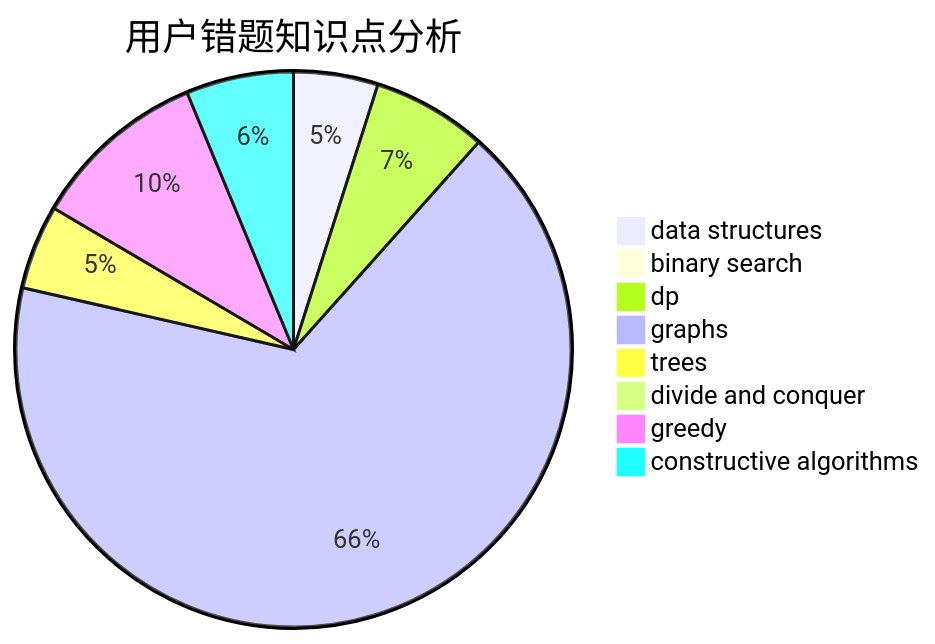
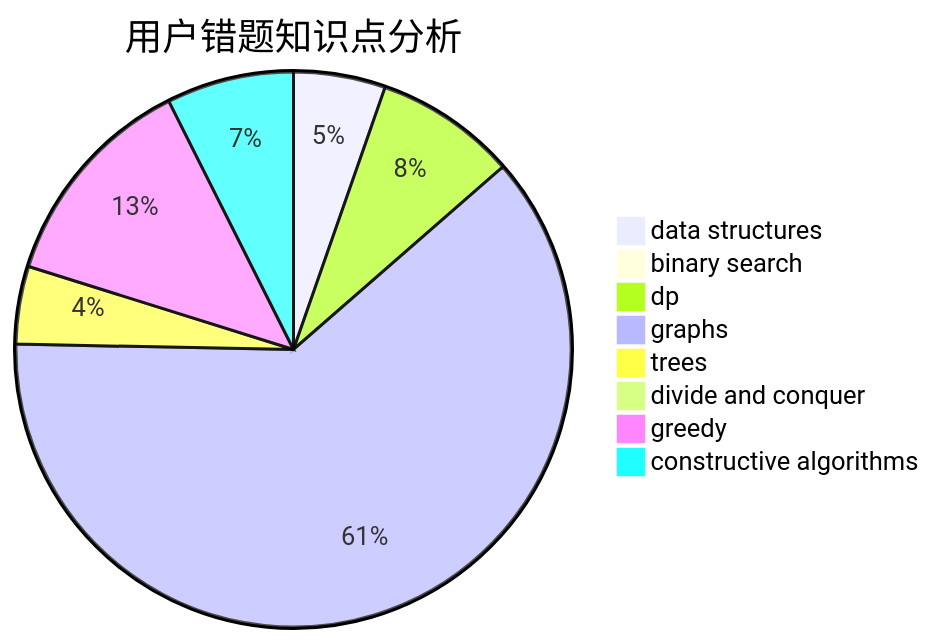
Before and after one commit to sherpahu/cfrs.github.io: the third of 3 diagrams in docs/user/u1687.md, drawn with Mermaid. The commit also changed other lines of this file and 2770 other files, not shown here.

````diff
--- a/docs/user/u1687.md
+++ b/docs/user/u1687.md
@@ -36,11 +36,11 @@
 ```mermaid
 pie title 用户错题知识点分析
-    "data structures" :  11
+    "data structures" :  13
     "binary search" :  1
-    "dp" :  15
+    "dp" :  20
     "graphs" :  150
     "trees" :  11
     "divide and conquer" :  2
-    "greedy" :  23
-    "constructive algorithms" :  14
+    "greedy" :  31
+    "constructive algorithms" :  18
 ```
````
